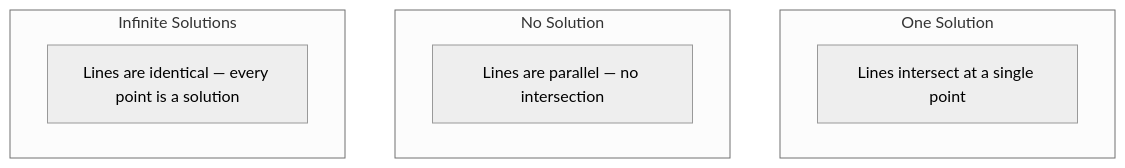
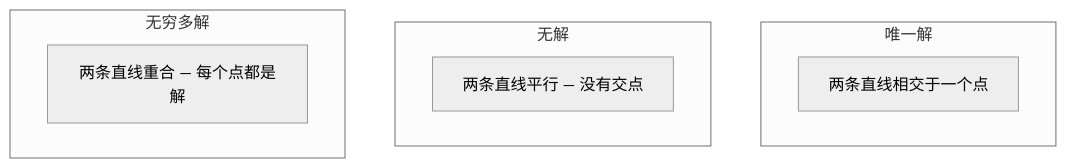
The second of 2 diagrams in phases/01-math-foundations/17-linear-systems/docs/zh.md (JerryC8080/ai-engineering-from-scratch-zh), drawn with Mermaid (neutral theme) before and after one commit. The commit also changed other lines of this file and 156 other files, not shown here.

First line of the commit message:
i18n(zh): translate mermaid diagram labels in 157 lesson zh.md

````diff
--- a/phases/01-math-foundations/17-linear-systems/docs/zh.md
+++ b/phases/01-math-foundations/17-linear-systems/docs/zh.md
@@ -46,12 +46,12 @@
 ```mermaid
 graph TD
-    subgraph "One Solution"
-        A1["Lines intersect at a single point"]
+    subgraph "唯一解"
+        A1["两条直线相交于一个点"]
     end
-    subgraph "No Solution"
-        A2["Lines are parallel — no intersection"]
+    subgraph "无解"
+        A2["两条直线平行 — 没有交点"]
     end
-    subgraph "Infinite Solutions"
-        A3["Lines are identical — every point is a solution"]
+    subgraph "无穷多解"
+        A3["两条直线重合 — 每个点都是解"]
     end
 ```
````
